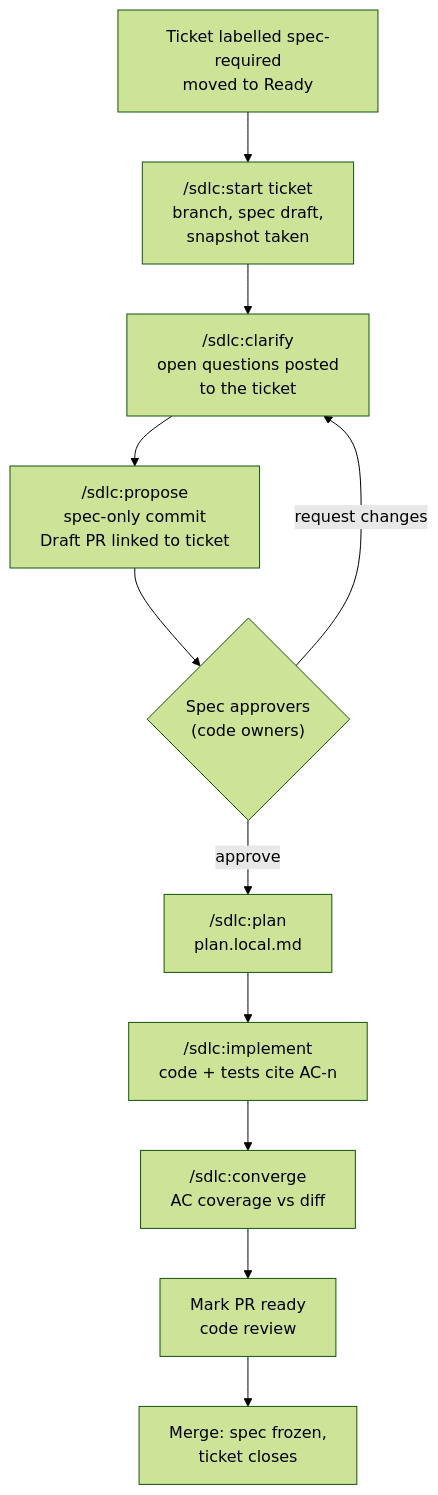
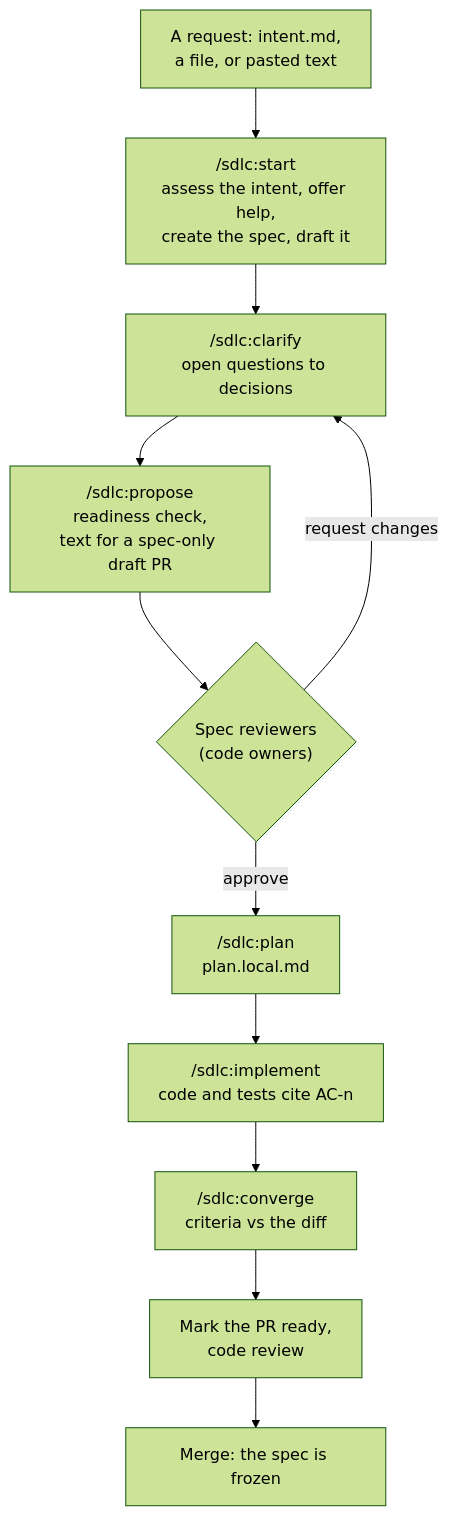
Before and after one commit to AshDevFr/claude-plugin-sdlc: the first of 3 diagrams in docs/workflow.md, drawn with Mermaid (forest theme). The commit also changed other lines of this file and 1 other file, not shown here.

First line of the commit message:
docs: rewrite the workflow as guidance for the intent-first plugin

````diff
--- a/docs/workflow.md
+++ b/docs/workflow.md
@@ -252,13 +231,13 @@
 ```mermaid
 flowchart TD
-    A["Ticket labelled spec-required<br/>moved to Ready"] --> B["/sdlc:start ticket<br/>branch, spec draft,<br/>snapshot taken"]
-    B --> C["/sdlc:clarify<br/>open questions posted<br/>to the ticket"]
-    C --> D["/sdlc:propose<br/>spec-only commit<br/>Draft PR linked to ticket"]
-    D --> E{"Spec approvers<br/>(code owners)"}
+    A["A request: intent.md,<br/>a file, or pasted text"] --> B["/sdlc:start<br/>assess the intent, offer help,<br/>create the spec, draft it"]
+    B --> C["/sdlc:clarify<br/>open questions to decisions"]
+    C --> D["/sdlc:propose<br/>readiness check,<br/>text for a spec-only draft PR"]
+    D --> E{"Spec reviewers<br/>(code owners)"}
     E -->|"request changes"| C
     E -->|"approve"| F["/sdlc:plan<br/>plan.local.md"]
-    F --> G["/sdlc:implement<br/>code + tests cite AC-n"]
-    G --> H["/sdlc:converge<br/>AC coverage vs diff"]
-    H --> I["Mark PR ready<br/>code review"]
-    I --> J["Merge: spec frozen,<br/>ticket closes"]
+    F --> G["/sdlc:implement<br/>code and tests cite AC-n"]
+    G --> H["/sdlc:converge<br/>criteria vs the diff"]
+    H --> I["Mark the PR ready,<br/>code review"]
+    I --> J["Merge: the spec is frozen"]
 ```
````
